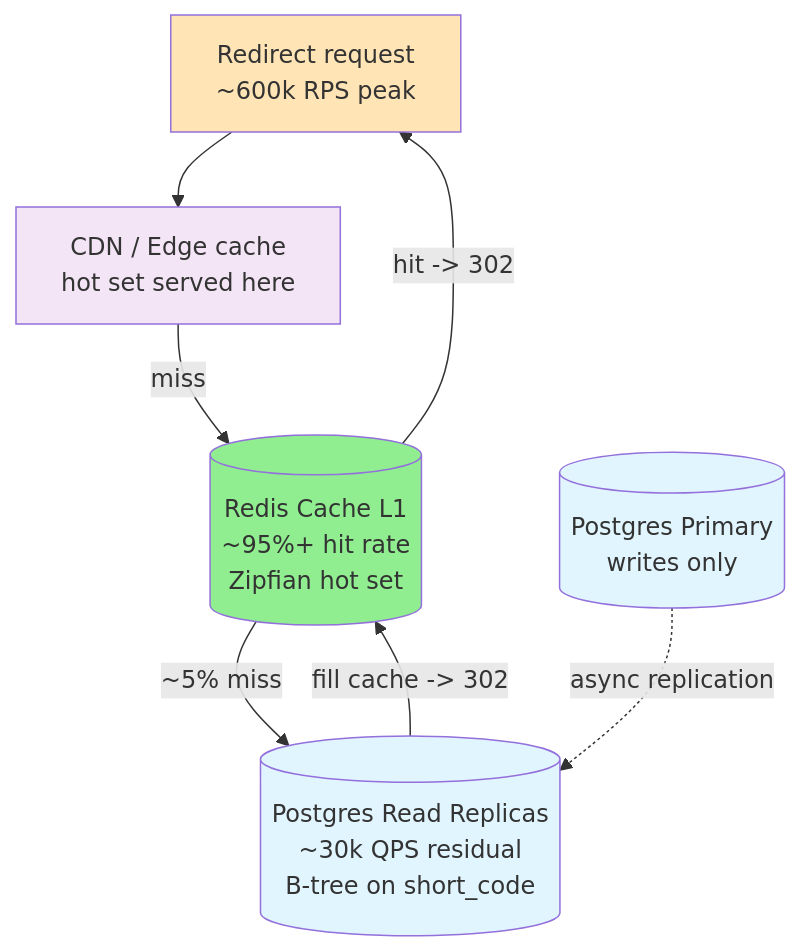
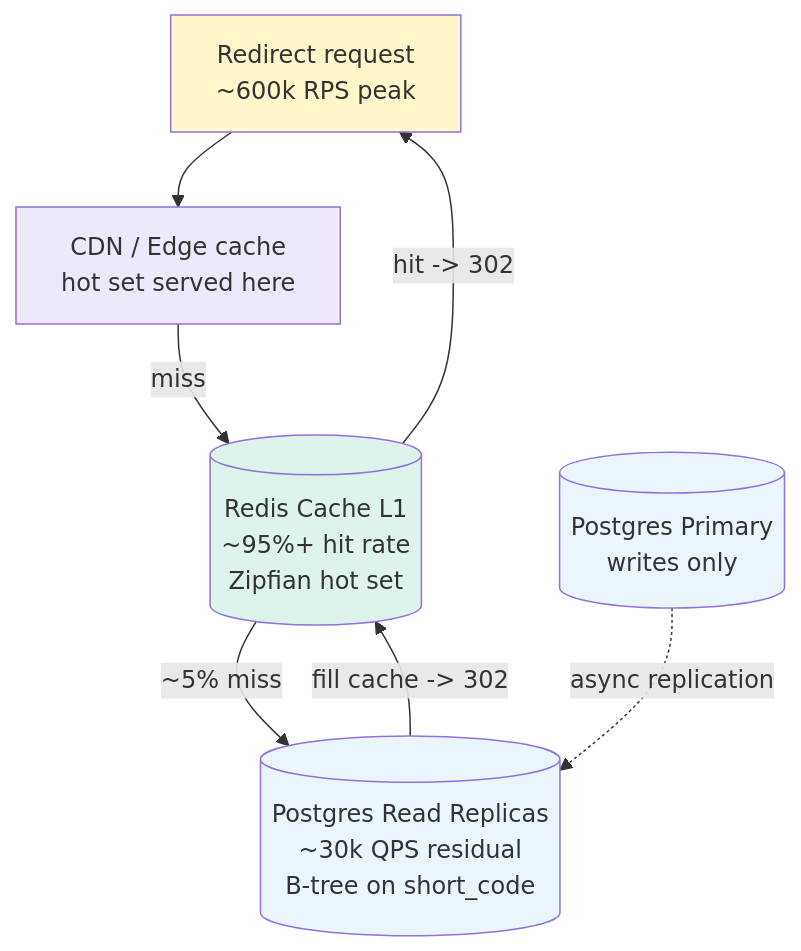
The fourth of 6 diagrams in LLD/questions/Design Bitly.md (cartmancodes/InterviewVault), drawn with Mermaid before and after one commit. The commit also changed other lines of this file and 679 other files, not shown here.

Commit message:
Unify content diagrams and add accessible visual walkthroughs

````diff
--- a/LLD/questions/Design Bitly.md
+++ b/LLD/questions/Design Bitly.md
@@ -240,21 +240,21 @@
 ```mermaid
 graph TB
     REQ["Redirect request<br/>~600k RPS peak"]
     EDGE[CDN / Edge cache<br/>hot set served here]
     L1[(Redis Cache L1<br/>~95%+ hit rate<br/>Zipfian hot set)]
     REP[(Postgres Read Replicas<br/>~30k QPS residual<br/>B-tree on short_code)]
     PRIM[(Postgres Primary<br/>writes only)]
 
     REQ --> EDGE
     EDGE -->|miss| L1
     L1 -->|hit -> 302| REQ
     L1 -->|~5% miss| REP
     REP -->|fill cache -> 302| L1
     PRIM -.async replication.-> REP
 
-    style EDGE fill:#f3e5f5
-    style L1 fill:#90EE90
-    style REP fill:#e1f5ff
-    style PRIM fill:#e1f5ff
-    style REQ fill:#FFE4B5
+    style EDGE fill:#EDE8FA
+    style L1 fill:#DDF3EC
+    style REP fill:#EAF5FD
+    style PRIM fill:#EAF5FD
+    style REQ fill:#FFF6C9
 ```
````
